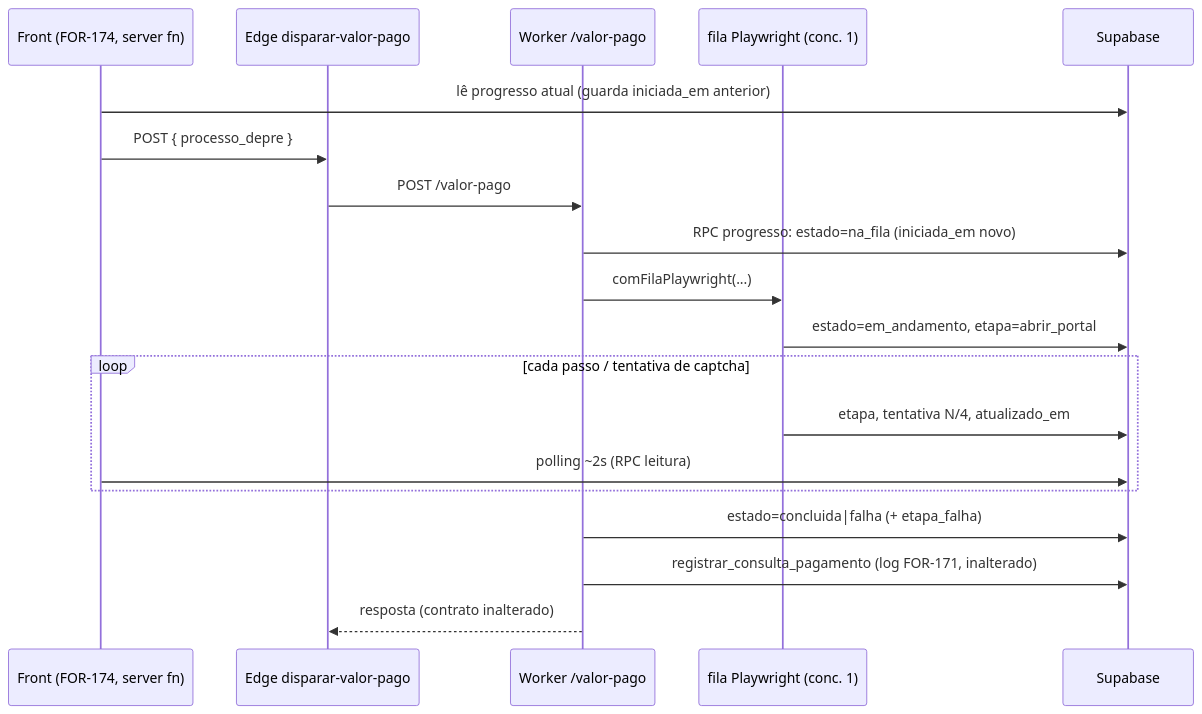
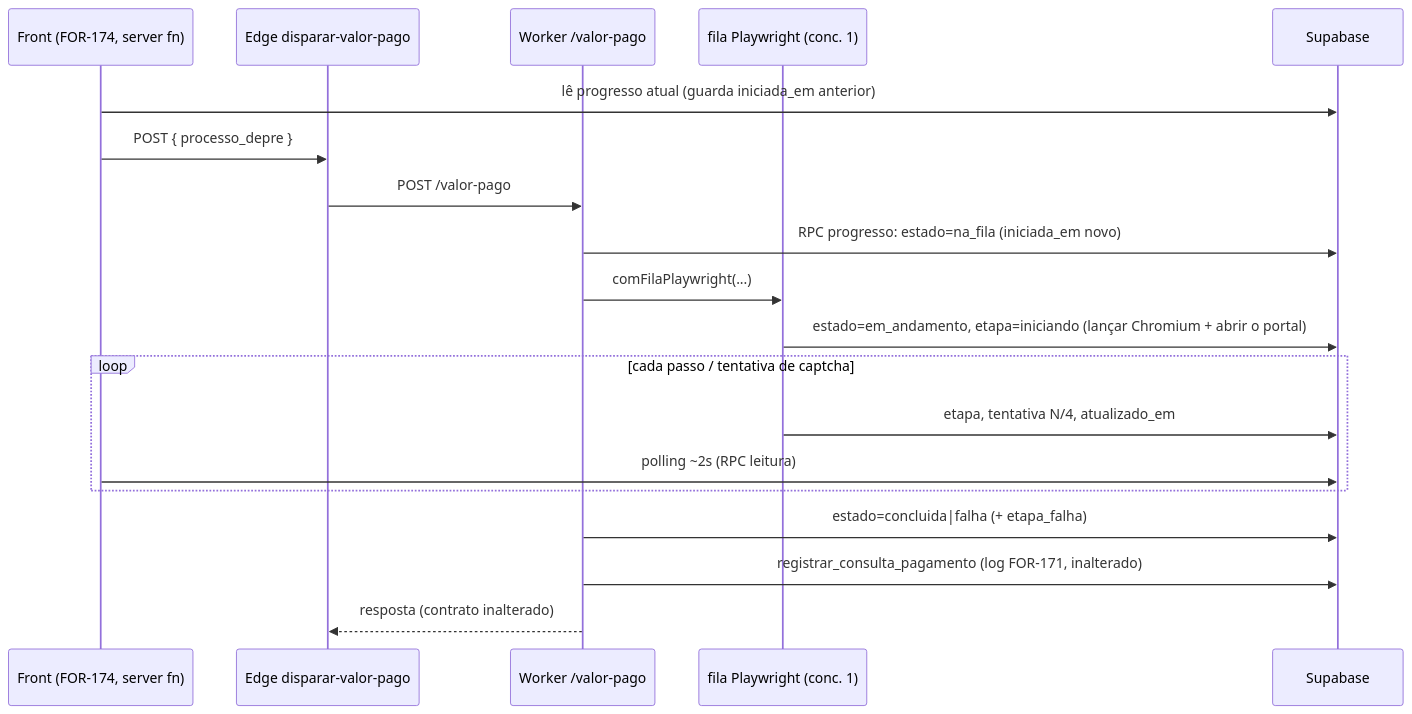
One commit to jjuniorfilho/precatorio-sp changed the diagram in .claude/sessions/for-173-banco-worker-lead-avulso/architecture.md. Above: the diagram before and after it, drawn with Mermaid. The commit also changed other lines of this file and 7 other files, not shown here.

````diff
--- a/.claude/sessions/for-173-banco-worker-lead-avulso/architecture.md
+++ b/.claude/sessions/for-173-banco-worker-lead-avulso/architecture.md
@@ -27,21 +27,21 @@
 ```mermaid
 sequenceDiagram
   participant FE as Front (FOR-174, server fn)
   participant EF as Edge disparar-valor-pago
   participant W as Worker /valor-pago
   participant Q as fila Playwright (conc. 1)
   participant DB as Supabase
   FE->>DB: lê progresso atual (guarda iniciada_em anterior)
   FE->>EF: POST { processo_depre }
   EF->>W: POST /valor-pago
   W->>DB: RPC progresso: estado=na_fila (iniciada_em novo)
   W->>Q: comFilaPlaywright(...)
-  Q->>DB: estado=em_andamento, etapa=abrir_portal
+  Q->>DB: estado=em_andamento, etapa=iniciando (lançar Chromium + abrir o portal)
   loop cada passo / tentativa de captcha
     Q->>DB: etapa, tentativa N/4, atualizado_em
     FE->>DB: polling ~2s (RPC leitura)
   end
   W->>DB: estado=concluida|falha (+ etapa_falha)
   W->>DB: registrar_consulta_pagamento (log FOR-171, inalterado)
   W-->>EF: resposta (contrato inalterado)
 ```
````
